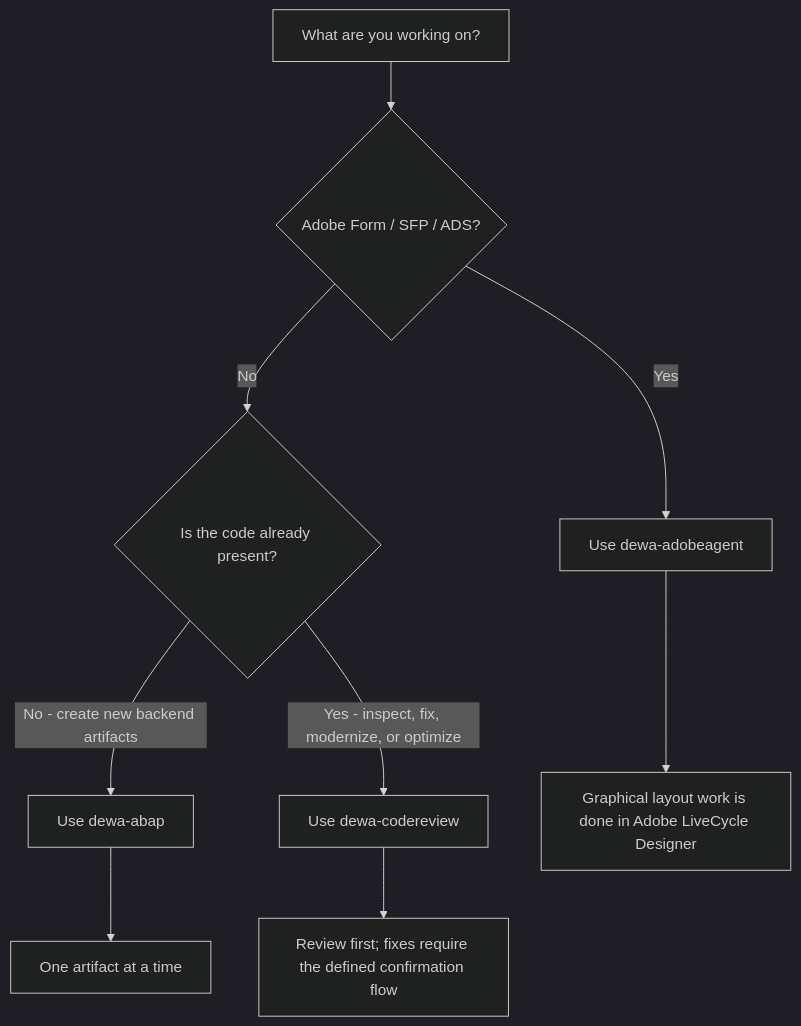
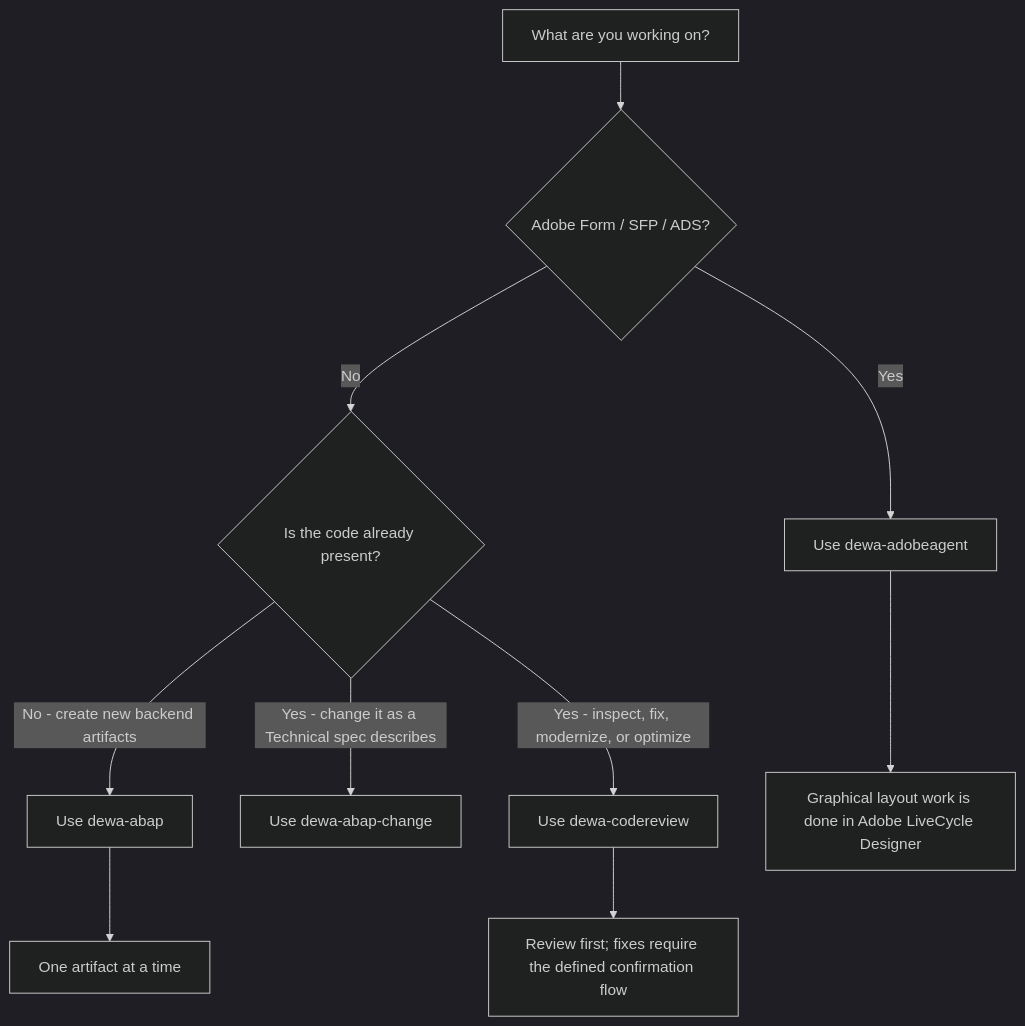
Before and after one commit to abdulsameemd/Development-Specification-Builder: the first of 3 diagrams in docs/AGENT_WORKFLOWS.md, drawn with Mermaid (dark theme). The commit also changed other lines of this file and 40 other files, not shown here.

First line of the commit message:
1.0.27: dewa-abap-change agent for changing existing ABAP; hand-off by object

````diff
--- a/docs/AGENT_WORKFLOWS.md
+++ b/docs/AGENT_WORKFLOWS.md
@@ -17,11 +18,12 @@
 ```mermaid
 flowchart TD
     A[What are you working on?] --> B{Adobe Form / SFP / ADS?}
     B -->|Yes| C[Use dewa-adobeagent]
     B -->|No| D{Is the code already present?}
     D -->|No - create new backend artifacts| E[Use dewa-abap]
+    D -->|Yes - change it as a Technical spec describes| X[Use dewa-abap-change]
     D -->|Yes - inspect, fix, modernize, or optimize| F[Use dewa-codereview]
     C --> G[Graphical layout work is done in Adobe LiveCycle Designer]
     E --> H[One artifact at a time]
     F --> I[Review first; fixes require the defined confirmation flow]
 ```
````
